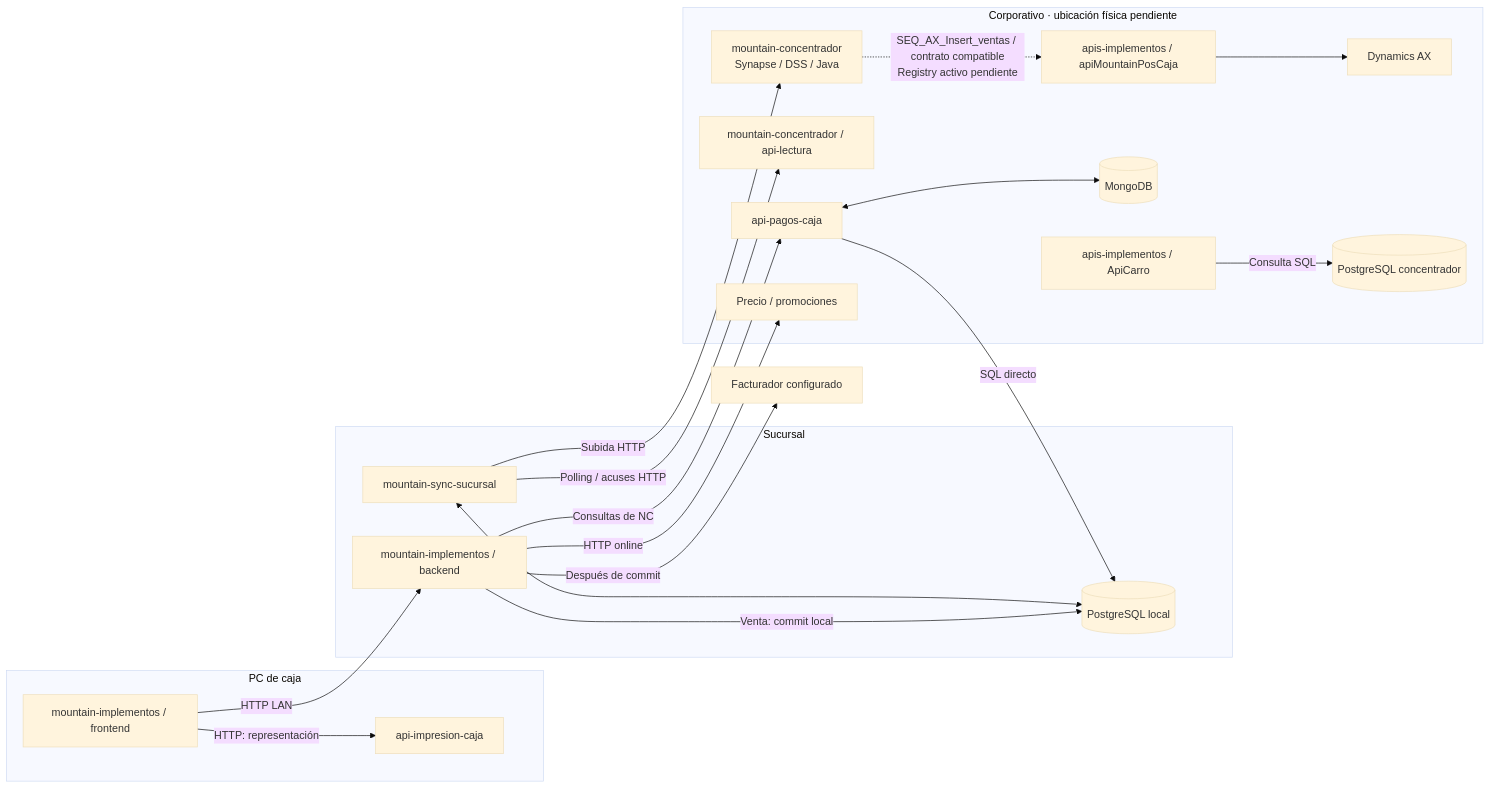
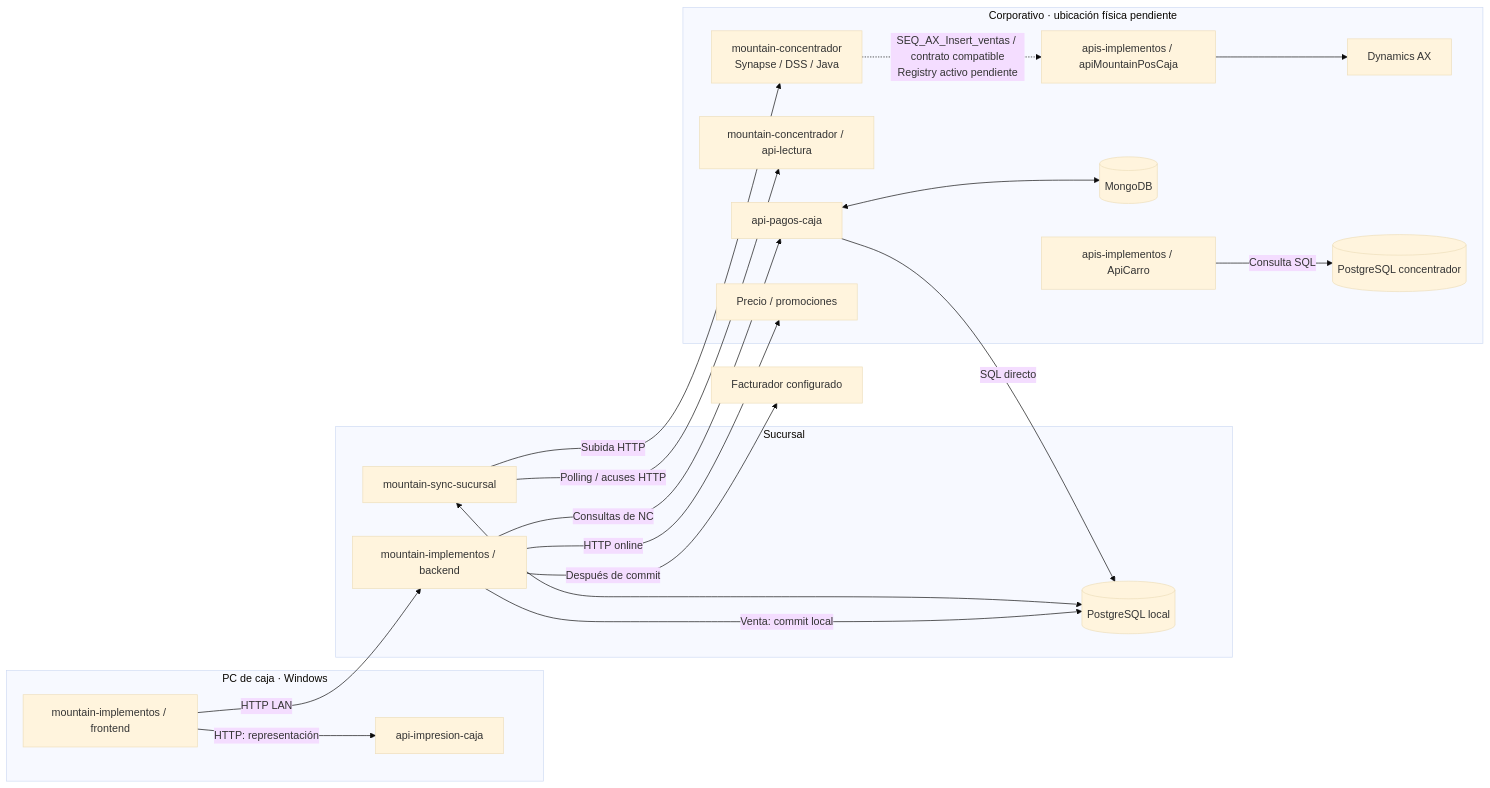
Before and after one commit to floxcristian/pos-architecture: the diagram in docs/catalogo-integraciones-actuales.md, drawn with Mermaid (base theme). The commit also changed other lines of this file and 9 other files, not shown here.

````diff
--- a/docs/catalogo-integraciones-actuales.md
+++ b/docs/catalogo-integraciones-actuales.md
@@ -194,38 +194,38 @@
 ```mermaid
 flowchart LR
-  subgraph PC["PC de caja"]
+  subgraph PC["PC de caja · Windows"]
     UI["mountain-implementos / frontend"]
     PR["api-impresion-caja"]
     UI -->|"HTTP: representación"| PR
   end
   subgraph SUC["Sucursal"]
     BE["mountain-implementos / backend"]
     PG[("PostgreSQL local")]
     SY["mountain-sync-sucursal"]
     BE -->|"Venta: commit local"| PG
     SY <--> PG
   end
   subgraph CEN["Corporativo · ubicación física pendiente"]
     BU["mountain-concentrador<br/>Synapse / DSS / Java"]
     RD["mountain-concentrador / api-lectura"]
     AXA["apis-implementos / apiMountainPosCaja"]
     ERP["Dynamics AX"]
     PAY["api-pagos-caja"]
     MO[("MongoDB")]
     PRICE["Precio / promociones"]
     CAR["apis-implementos / ApiCarro"]
     CP[("PostgreSQL concentrador")]
     AXA --> ERP
     PAY <--> MO
     CAR -->|"Consulta SQL"| CP
   end
   FI["Facturador configurado"]
   UI -->|"HTTP LAN"| BE
   BE -->|"HTTP online"| PRICE
   BE -->|"Después de commit"| FI
   BE -->|"Consultas de NC"| PAY
   PAY -->|"SQL directo"| PG
   SY -->|"Subida HTTP"| BU
   SY -->|"Polling / acuses HTTP"| RD
   BU -.->|"SEQ_AX_Insert_ventas / contrato compatible<br/>Registry activo pendiente"| AXA
 ```
````
